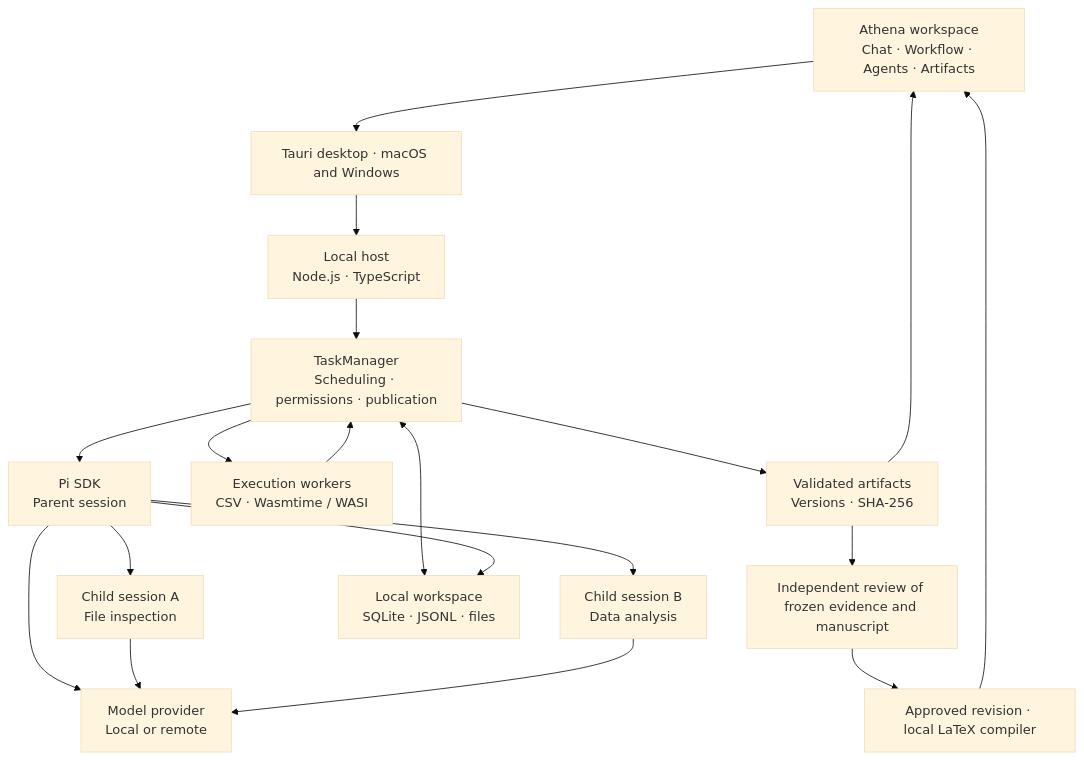
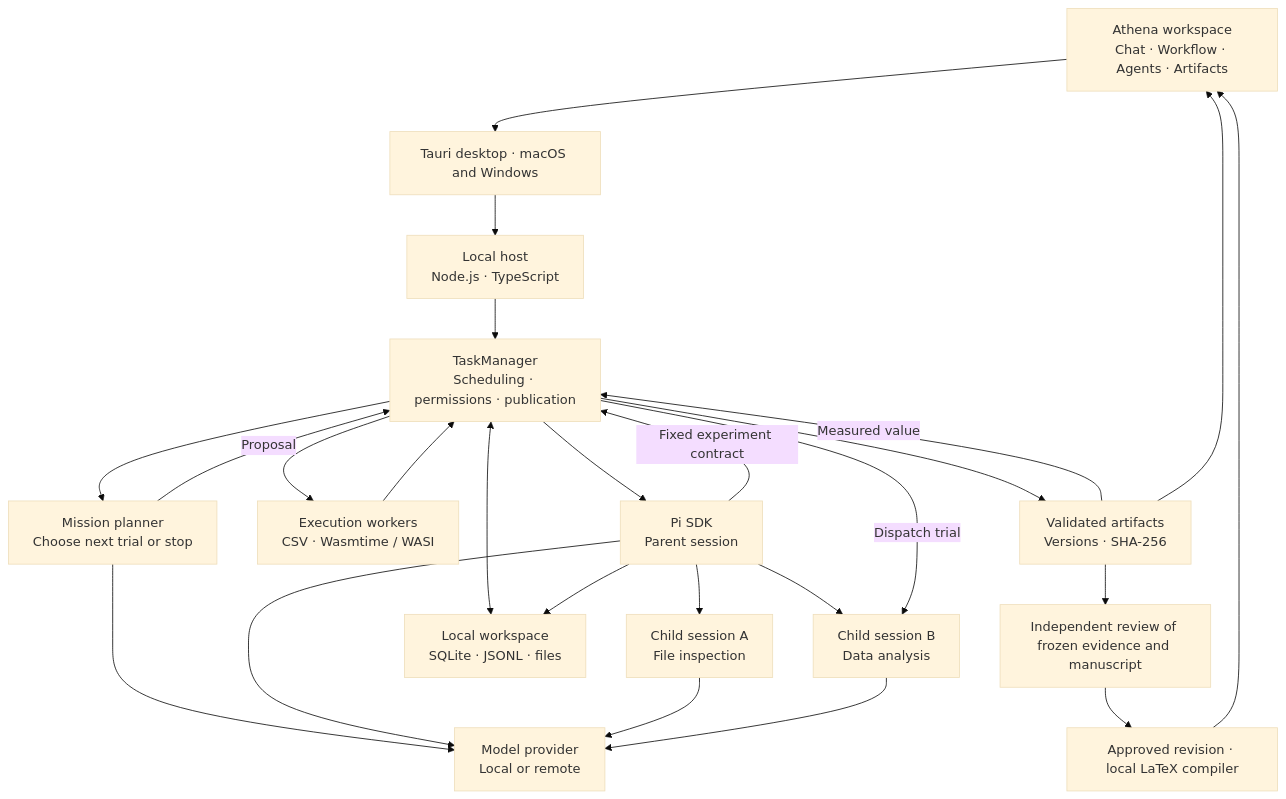
Before and after one commit to yanaire/athena: the diagram in README.md, drawn with Mermaid (base theme). The commit also changed 12 other files, not shown here.

````diff
--- a/README.md
+++ b/README.md
@@ -114,31 +114,37 @@
 ```mermaid
 flowchart TD
     U["Athena workspace<br/>Chat · Workflow · Agents · Artifacts"]
     T["Tauri desktop · macOS and Windows"]
     H["Local host<br/>Node.js · TypeScript"]
     M["TaskManager<br/>Scheduling · permissions · publication"]
     P["Pi SDK<br/>Parent session"]
     C1["Child session A<br/>File inspection"]
     C2["Child session B<br/>Data analysis"]
     R["Model provider<br/>Local or remote"]
     W["Execution workers<br/>CSV · Wasmtime / WASI"]
     S["Local workspace<br/>SQLite · JSONL · files"]
     A["Validated artifacts<br/>Versions · SHA-256"]
 
     U --> T --> H --> M
     M --> P
     P --> C1
     P --> C2
+    P -->|Fixed experiment contract| M
+    M --> Q["Mission planner<br/>Choose next trial or stop"]
+    Q --> R
+    Q -->|Proposal| M
+    M -->|Dispatch trial| C2
+    A -->|Measured value| M
     P --> R
     C1 --> R
     C2 --> R
     M --> W
     M <--> S
     P --> S
     W --> M
     M --> A
     A --> V["Independent review of frozen evidence and manuscript"]
     V --> L["Approved revision · local LaTeX compiler"]
     L --> U
     A --> U
 ```
````
